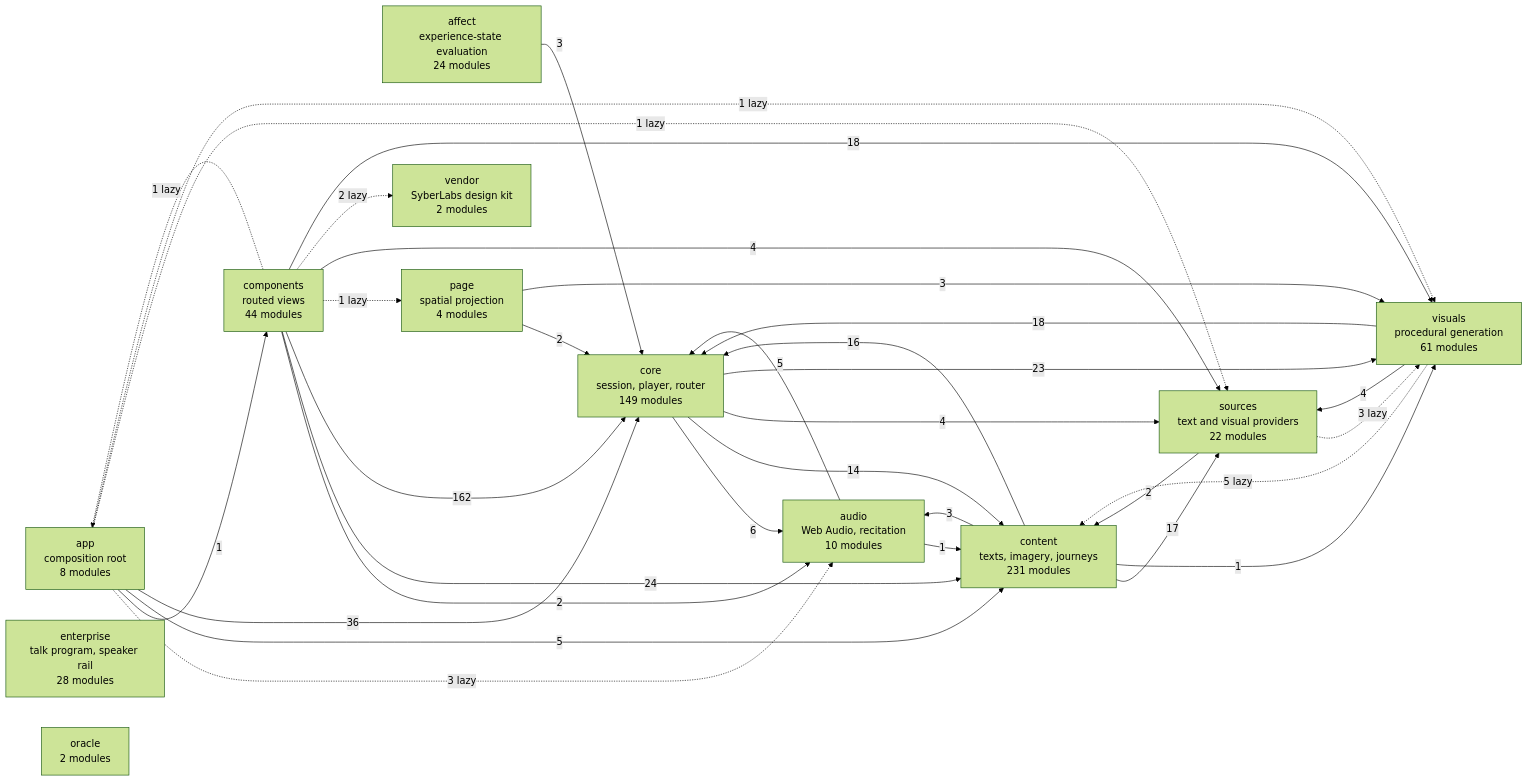
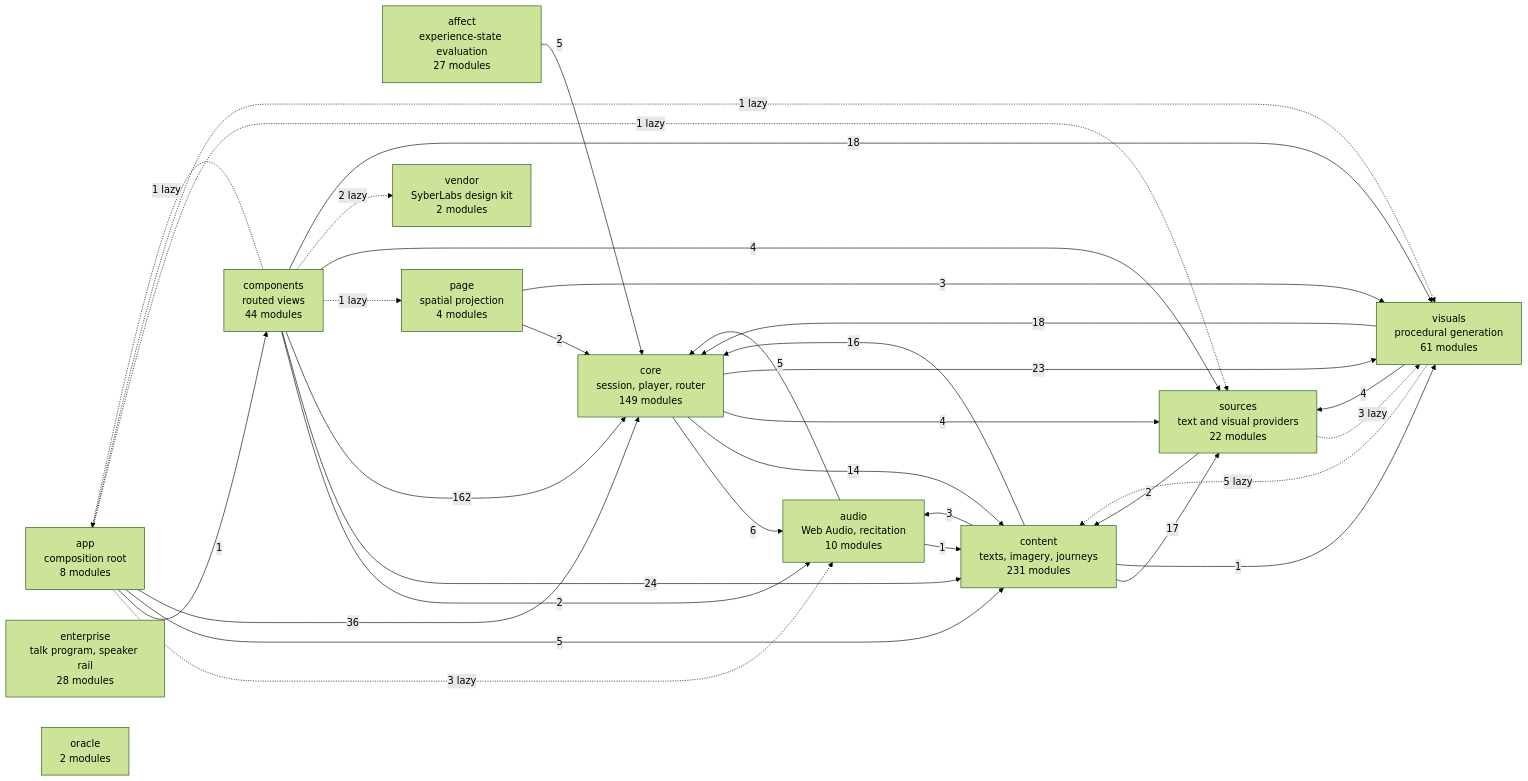
The diagram in docs/specs/ARCHITECTURE.md (SyberLabs/RISE), drawn with Mermaid (forest theme) before and after one commit. The commit also changed other lines of this file and 9 other files, not shown here.

````diff
--- a/docs/specs/ARCHITECTURE.md
+++ b/docs/specs/ARCHITECTURE.md
@@ -160,48 +160,48 @@
 ```mermaid
 flowchart LR
-    affect["affect<br/>experience-state evaluation<br/>24 modules"]
+    affect["affect<br/>experience-state evaluation<br/>27 modules"]
     app["app<br/>composition root<br/>8 modules"]
     audio["audio<br/>Web Audio, recitation<br/>10 modules"]
     components["components<br/>routed views<br/>44 modules"]
     content["content<br/>texts, imagery, journeys<br/>231 modules"]
     core["core<br/>session, player, router<br/>149 modules"]
     enterprise["enterprise<br/>talk program, speaker rail<br/>28 modules"]
     oracle["oracle<br/>2 modules"]
     page["page<br/>spatial projection<br/>4 modules"]
     sources["sources<br/>text and visual providers<br/>22 modules"]
     vendor["vendor<br/>SyberLabs design kit<br/>2 modules"]
     visuals["visuals<br/>procedural generation<br/>61 modules"]
 
-    affect --> |3| core
+    affect --> |5| core
     app -.-> |3 lazy| audio
     app --> |1| components
     app --> |5| content
     app --> |36| core
     app -.-> |1 lazy| sources
     app -.-> |1 lazy| visuals
     audio --> |1| content
     audio --> |5| core
     components -.-> |1 lazy| app
     components --> |2| audio
     components --> |24| content
     components --> |162| core
     components -.-> |1 lazy| page
     components --> |4| sources
     components -.-> |2 lazy| vendor
     components --> |18| visuals
     content --> |3| audio
     content --> |16| core
     content --> |17| sources
     content --> |1| visuals
     core --> |6| audio
     core --> |14| content
     core --> |4| sources
     core --> |23| visuals
     page --> |2| core
     page --> |3| visuals
     sources --> |2| content
     sources -.-> |3 lazy| visuals
     visuals -.-> |5 lazy| content
     visuals --> |18| core
     visuals --> |4| sources
 ```
````
